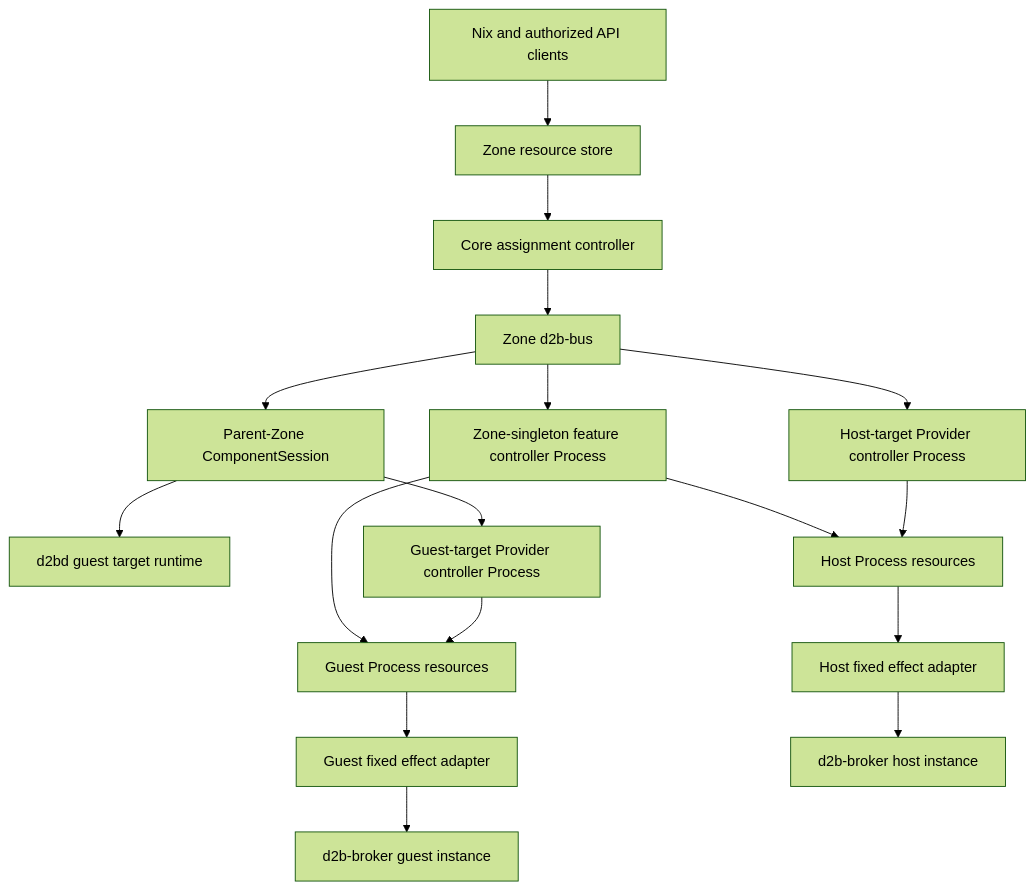
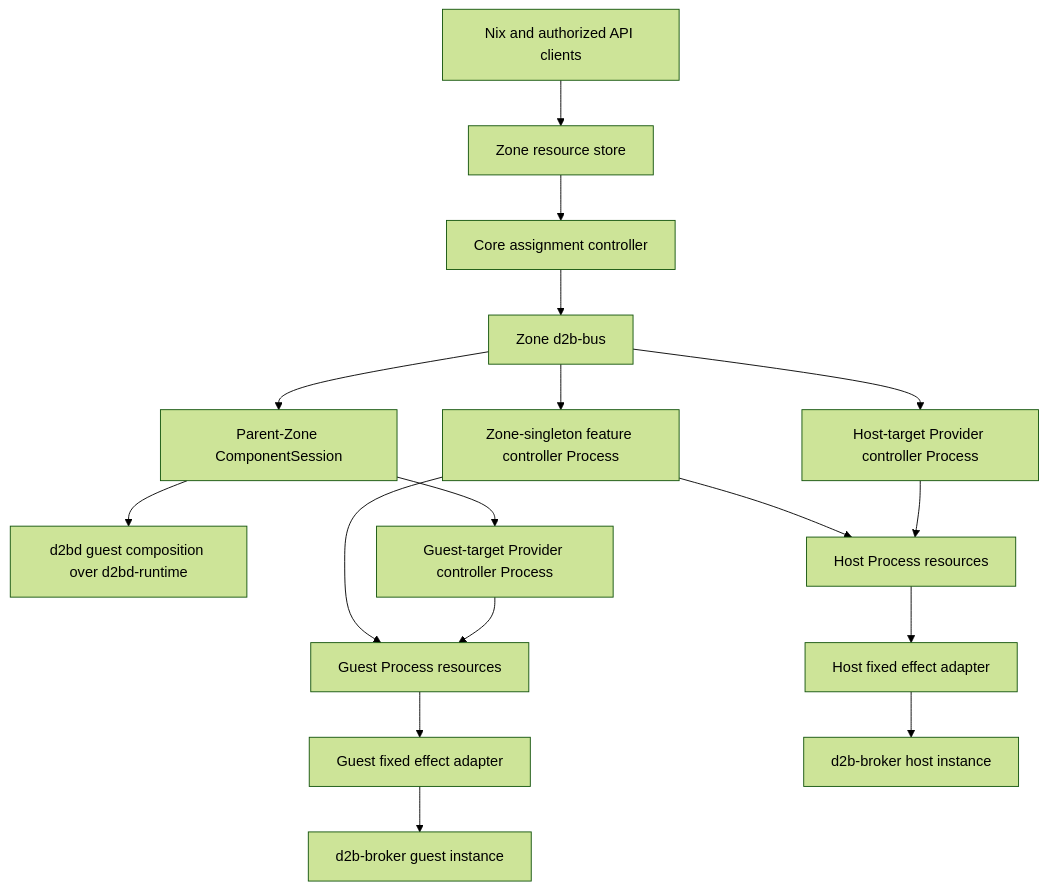
The second of 5 diagrams in docs/plans/2026-08-19-002-refactor-v3-guest-control-plane-plan.md (vicondoa/d2b), drawn with Mermaid (forest theme) before and after one commit. The commit also changed other lines of this file, not shown here.

First line of the commit message:
docs: reconcile guest control plan ownership

````diff
--- a/docs/plans/2026-08-19-002-refactor-v3-guest-control-plane-plan.md
+++ b/docs/plans/2026-08-19-002-refactor-v3-guest-control-plane-plan.md
@@ -382,23 +400,23 @@
 ```mermaid
 flowchart TB
   NIX[Nix and authorized API clients] --> STORE[Zone resource store]
   STORE --> ASSIGN[Core assignment controller]
   ASSIGN --> BUS[Zone d2b-bus]
 
   BUS --> ZONECTL[Zone-singleton feature controller Process]
   BUS --> HOSTCTL[Host-target Provider controller Process]
   BUS --> GSESSION[Parent-Zone ComponentSession]
 
-  GSESSION --> GD[d2bd guest target runtime]
+  GSESSION --> GD[d2bd guest composition over d2bd-runtime]
   GSESSION --> GUESTCTL[Guest-target Provider controller Process]
 
   ZONECTL --> HPROC[Host Process resources]
   ZONECTL --> GPROC[Guest Process resources]
   HOSTCTL --> HPROC
   GUESTCTL --> GPROC
 
   HPROC --> HEFFECT[Host fixed effect adapter]
   GPROC --> GEFFECT[Guest fixed effect adapter]
   HEFFECT --> HB[d2b-broker host instance]
   GEFFECT --> GB[d2b-broker guest instance]
 ```
````
